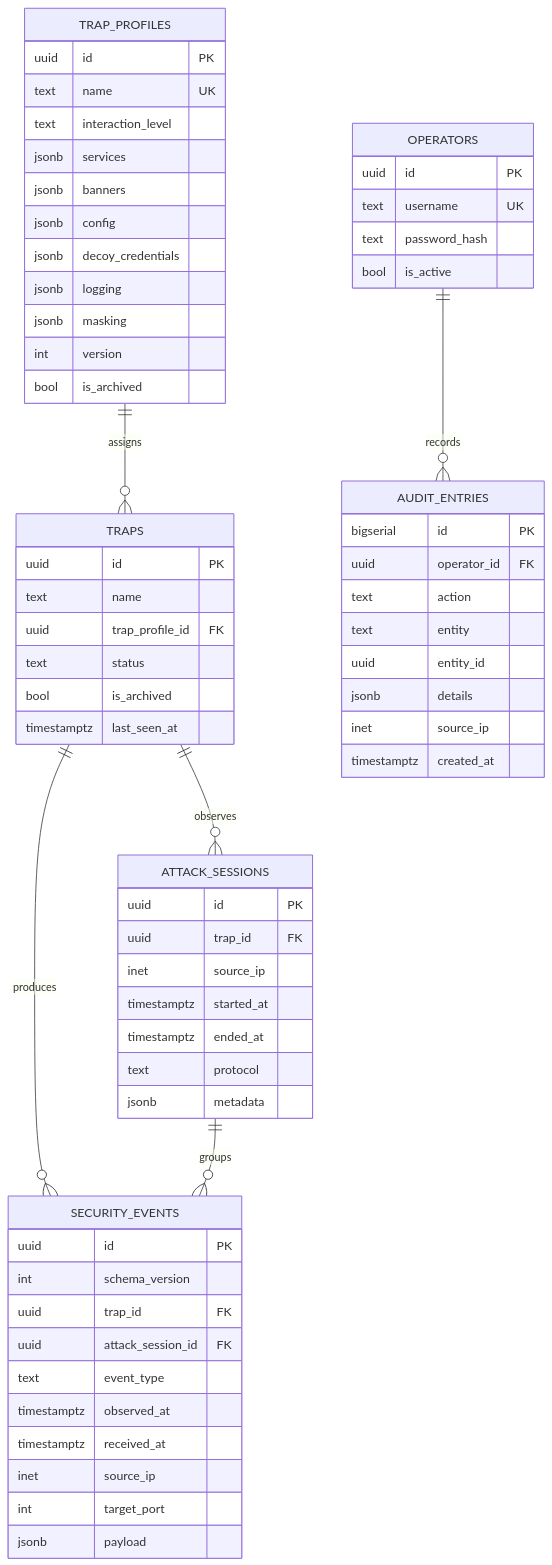
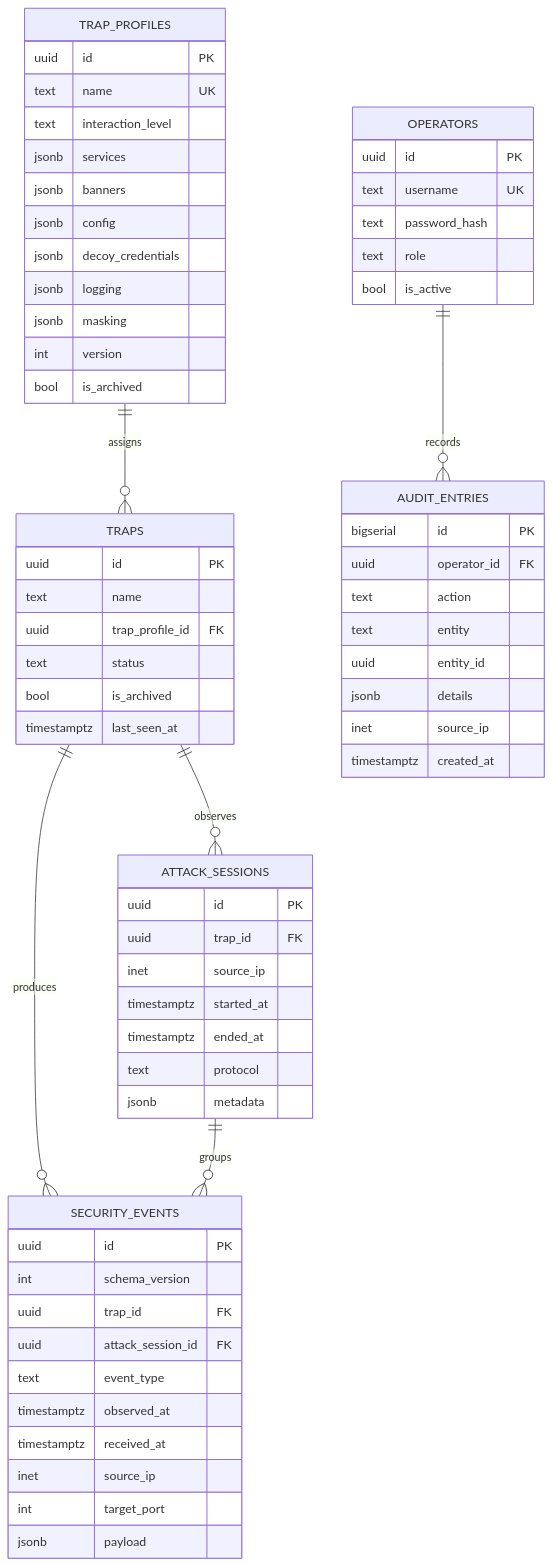
One commit to ArtiKn/HoneyForge changed the diagram in docs/database.mmd. Above: the diagram before and after it, drawn with Mermaid. The commit also changed 20 other files, not shown here.

```diff
--- a/docs/database.mmd
+++ b/docs/database.mmd
@@ -1,13 +1,13 @@
 erDiagram
     TRAP_PROFILES ||--o{ TRAPS : assigns
     TRAPS ||--o{ ATTACK_SESSIONS : observes
     TRAPS ||--o{ SECURITY_EVENTS : produces
     ATTACK_SESSIONS ||--o{ SECURITY_EVENTS : groups
     OPERATORS ||--o{ AUDIT_ENTRIES : records
 
     TRAP_PROFILES { uuid id PK text name UK text interaction_level jsonb services jsonb banners jsonb config jsonb decoy_credentials jsonb logging jsonb masking int version bool is_archived }
     TRAPS { uuid id PK text name uuid trap_profile_id FK text status bool is_archived timestamptz last_seen_at }
     ATTACK_SESSIONS { uuid id PK uuid trap_id FK inet source_ip timestamptz started_at timestamptz ended_at text protocol jsonb metadata }
     SECURITY_EVENTS { uuid id PK int schema_version uuid trap_id FK uuid attack_session_id FK text event_type timestamptz observed_at timestamptz received_at inet source_ip int target_port jsonb payload }
-    OPERATORS { uuid id PK text username UK text password_hash bool is_active }
+    OPERATORS { uuid id PK text username UK text password_hash text role bool is_active }
     AUDIT_ENTRIES { bigserial id PK uuid operator_id FK text action text entity uuid entity_id jsonb details inet source_ip timestamptz created_at }
```
